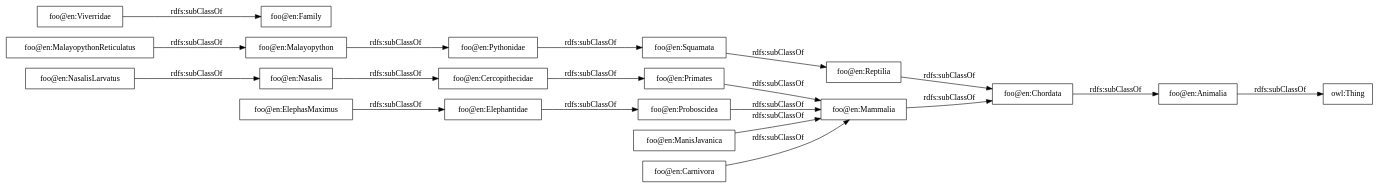
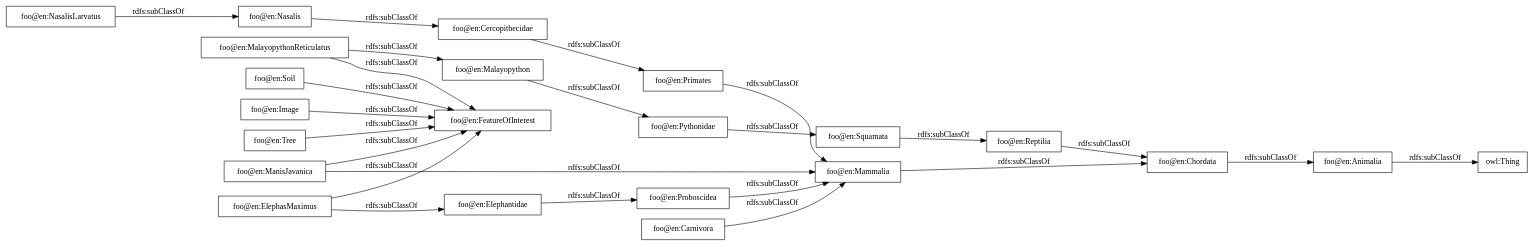
The diagram in OnToology/index.ttl/diagrams/ar2dtool-taxonomy/index.ttl.png.dot (Naeima/foo_html), drawn with Graphviz before and after one commit. The commit also changed 27 other files, not shown here.

```diff
--- a/OnToology/index.ttl/diagrams/ar2dtool-taxonomy/index.ttl.png.dot
+++ b/OnToology/index.ttl/diagrams/ar2dtool-taxonomy/index.ttl.png.dot
@@ -1,24 +1,29 @@
 digraph ar2dtool_diagram { 
 rankdir=LR;
 size="1000"
-node [shape = rectangle, color="black"]; "foo@en:NasalisLarvatus" "foo@en:Squamata" "foo@en:Mammalia" "foo@en:Malayopython" "foo@en:Animalia" "foo@en:Cercopithecidae" "foo@en:ManisJavanica" "foo@en:ElephasMaximus" "foo@en:MalayopythonReticulatus" "foo@en:Primates" "foo@en:Carnivora" "foo@en:Viverridae" "foo@en:Nasalis" "foo@en:Elephantidae" "foo@en:Reptilia" "foo@en:Pythonidae" "foo@en:Proboscidea" "foo@en:Chordata" ; /*classes style*/
+node [shape = rectangle, color="black"]; "foo@en:NasalisLarvatus" "foo@en:Soil" "foo@en:Squamata" "foo@en:Mammalia" "foo@en:FeatureOfInterest" "foo@en:Image" "foo@en:Malayopython" "foo@en:Animalia" "foo@en:Tree" "foo@en:Cercopithecidae" "foo@en:ManisJavanica" "foo@en:MalayopythonReticulatus" "foo@en:ElephasMaximus" "foo@en:Primates" "foo@en:Carnivora" "foo@en:Nasalis" "foo@en:Elephantidae" "foo@en:Reptilia" "foo@en:Pythonidae" "foo@en:Proboscidea" "foo@en:Chordata" ; /*classes style*/
+	"foo@en:Tree" -> "foo@en:FeatureOfInterest" [ label = "rdfs:subClassOf" ];
 	"foo@en:Cercopithecidae" -> "foo@en:Primates" [ label = "rdfs:subClassOf" ];
 	"foo@en:Chordata" -> "foo@en:Animalia" [ label = "rdfs:subClassOf" ];
+	"foo@en:Soil" -> "foo@en:FeatureOfInterest" [ label = "rdfs:subClassOf" ];
 	"foo@en:Squamata" -> "foo@en:Reptilia" [ label = "rdfs:subClassOf" ];
 	"foo@en:Elephantidae" -> "foo@en:Proboscidea" [ label = "rdfs:subClassOf" ];
 	"foo@en:Proboscidea" -> "foo@en:Mammalia" [ label = "rdfs:subClassOf" ];
 	"foo@en:Reptilia" -> "foo@en:Chordata" [ label = "rdfs:subClassOf" ];
+	"foo@en:ManisJavanica" -> "foo@en:FeatureOfInterest" [ label = "rdfs:subClassOf" ];
 	"foo@en:ManisJavanica" -> "foo@en:Mammalia" [ label = "rdfs:subClassOf" ];
 	"foo@en:Nasalis" -> "foo@en:Cercopithecidae" [ label = "rdfs:subClassOf" ];
-	"foo@en:Viverridae" -> "foo@en:Family" [ label = "rdfs:subClassOf" ];
+	"foo@en:ElephasMaximus" -> "foo@en:FeatureOfInterest" [ label = "rdfs:subClassOf" ];
 	"foo@en:ElephasMaximus" -> "foo@en:Elephantidae" [ label = "rdfs:subClassOf" ];
 	"foo@en:Animalia" -> "owl:Thing" [ label = "rdfs:subClassOf" ];
 	"foo@en:Malayopython" -> "foo@en:Pythonidae" [ label = "rdfs:subClassOf" ];
 	"foo@en:Carnivora" -> "foo@en:Mammalia" [ label = "rdfs:subClassOf" ];
 	"foo@en:Mammalia" -> "foo@en:Chordata" [ label = "rdfs:subClassOf" ];
+	"foo@en:MalayopythonReticulatus" -> "foo@en:FeatureOfInterest" [ label = "rdfs:subClassOf" ];
 	"foo@en:MalayopythonReticulatus" -> "foo@en:Malayopython" [ label = "rdfs:subClassOf" ];
 	"foo@en:Pythonidae" -> "foo@en:Squamata" [ label = "rdfs:subClassOf" ];
 	"foo@en:Primates" -> "foo@en:Mammalia" [ label = "rdfs:subClassOf" ];
 	"foo@en:NasalisLarvatus" -> "foo@en:Nasalis" [ label = "rdfs:subClassOf" ];
+	"foo@en:Image" -> "foo@en:FeatureOfInterest" [ label = "rdfs:subClassOf" ];
 
 }
```
